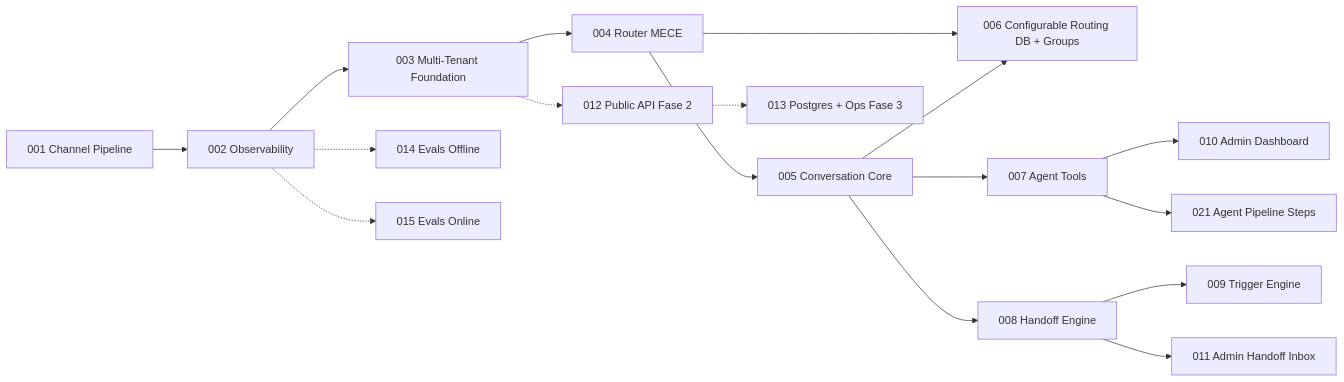
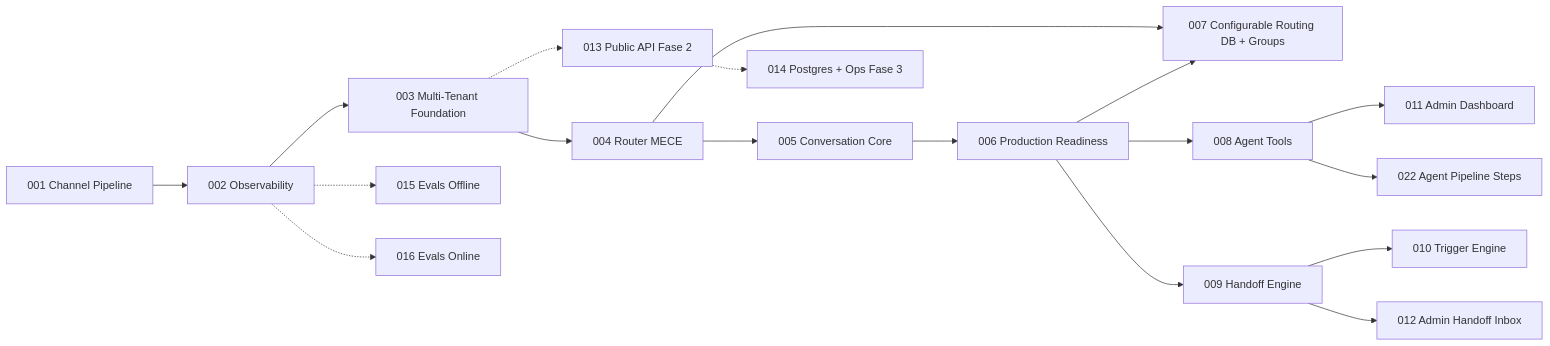
The second of 2 diagrams in platforms/prosauai/planning/roadmap.md (paceautomations/madruga.ai), drawn with Mermaid before and after one commit. The commit also changed other lines of this file and 42 other files, not shown here.

````diff
--- a/platforms/prosauai/planning/roadmap.md
+++ b/platforms/prosauai/planning/roadmap.md
@@ -95,19 +99,20 @@
 ```mermaid
 graph LR
   E001[001 Channel Pipeline] --> E002[002 Observability]
   E002 --> E003[003 Multi-Tenant Foundation]
   E003 --> E004[004 Router MECE]
   E004 --> E005[005 Conversation Core]
-  E004 --> E006[006 Configurable Routing DB + Groups]
-  E005 --> E006
-  E005 --> E007[007 Agent Tools]
-  E005 --> E008[008 Handoff Engine]
-  E008 --> E009[009 Trigger Engine]
-  E007 --> E010[010 Admin Dashboard]
-  E008 --> E011[011 Admin Handoff Inbox]
-  E007 --> E021[021 Agent Pipeline Steps]
-  E003 -.-> E012[012 Public API Fase 2]
-  E012 -.-> E013[013 Postgres + Ops Fase 3]
-  E002 -.-> E014[014 Evals Offline]
-  E002 -.-> E015[015 Evals Online]
+  E005 --> E006[006 Production Readiness]
+  E006 --> E007[007 Configurable Routing DB + Groups]
+  E004 --> E007
+  E006 --> E008[008 Agent Tools]
+  E006 --> E009[009 Handoff Engine]
+  E009 --> E010[010 Trigger Engine]
+  E008 --> E011[011 Admin Dashboard]
+  E009 --> E012[012 Admin Handoff Inbox]
+  E008 --> E022[022 Agent Pipeline Steps]
+  E003 -.-> E013[013 Public API Fase 2]
+  E013 -.-> E014[014 Postgres + Ops Fase 3]
+  E002 -.-> E015[015 Evals Offline]
+  E002 -.-> E016[016 Evals Online]
 ```
````
